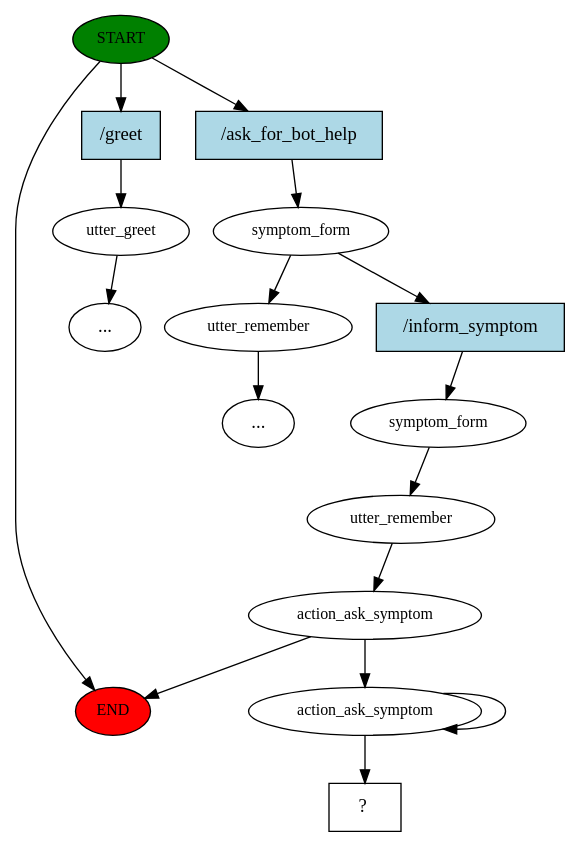
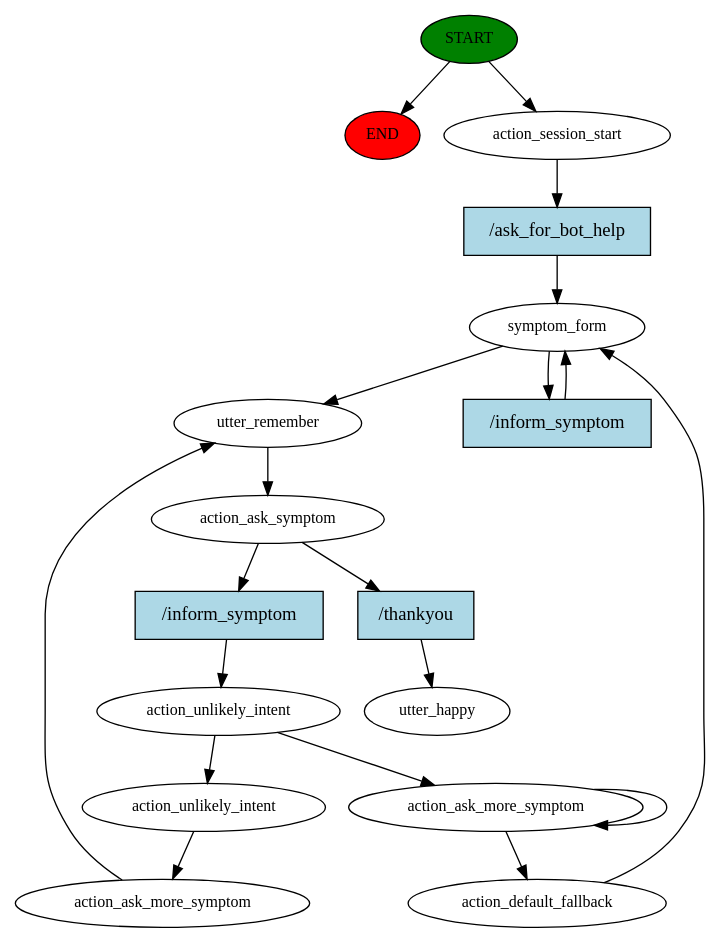
One commit to khetpatiparn/THAI_MED_BOT changed the diagram in story_graph.dot. Above: the diagram before and after it, drawn with Graphviz. The commit also changed 777 other files, not shown here.

Commit message:
Can add more symptoms by action_ask_more_symptom

```diff
--- a/story_graph.dot
+++ b/story_graph.dot
@@ -1,33 +1,37 @@
 digraph  {
 0 [class="start active", fillcolor=green, fontsize=12, label=START, style=filled];
 "-1" [class=end, fillcolor=red, fontsize=12, label=END, style=filled];
-1 [class="", fontsize=12, label=utter_greet];
-"-5" [class=ellipsis, label="..."];
-4 [class=active, fontsize=12, label=symptom_form];
-5 [class="", fontsize=12, label=utter_remember];
-"-6" [class=ellipsis, label="..."];
-7 [class=active, fontsize=12, label=symptom_form];
-8 [class=active, fontsize=12, label=utter_remember];
-9 [class=active, fontsize=12, label=action_ask_symptom];
-14 [class=active, fontsize=12, label=action_ask_symptom];
-18 [class="intent dashed active", label="  ?  ", shape=rect];
-19 [class=intent, fillcolor=lightblue, label="/greet", shape=rect, style=filled];
-20 [class="intent active", fillcolor=lightblue, label="/ask_for_bot_help", shape=rect, style=filled];
-21 [class="intent active", fillcolor=lightblue, label="/inform_symptom", shape=rect, style=filled];
+1 [class=active, fontsize=12, label=action_session_start];
+2 [class=active, fontsize=12, label=symptom_form];
+4 [class=active, fontsize=12, label=utter_remember];
+5 [class=active, fontsize=12, label=action_ask_symptom];
+6 [class=active, fontsize=12, label=action_unlikely_intent];
+7 [class=active, fontsize=12, label=action_ask_more_symptom];
+11 [class=active, fontsize=12, label=action_default_fallback];
+17 [class=active, fontsize=12, label=action_unlikely_intent];
+18 [class=active, fontsize=12, label=action_ask_more_symptom];
+21 [class="dashed active", fontsize=12, label=utter_happy];
+22 [class="intent active", fillcolor=lightblue, label="/ask_for_bot_help", shape=rect, style=filled];
+23 [class="intent active", fillcolor=lightblue, label="/inform_symptom", shape=rect, style=filled];
+24 [class="intent active", fillcolor=lightblue, label="/inform_symptom", shape=rect, style=filled];
+25 [class="intent active", fillcolor=lightblue, label="/thankyou", shape=rect, style=filled];
 0 -> "-1"  [class="", key=NONE, label=""];
-0 -> 19  [class="", key=0];
-0 -> 20  [class=active, key=0];
-1 -> "-5"  [class="", key=NONE, label=""];
-4 -> 5  [class="", key=NONE, label=""];
-4 -> 21  [class=active, key=0];
-5 -> "-6"  [class="", key=NONE, label=""];
-7 -> 8  [class=active, key=NONE, label=""];
-8 -> 9  [class=active, key=NONE, label=""];
-9 -> "-1"  [class="", key=NONE, label=""];
-9 -> 14  [class=active, key=NONE, label=""];
-14 -> 14  [class=active, key=NONE, label=""];
-14 -> 18  [class=active, key=NONE, label=""];
-19 -> 1  [class="", key=0];
-20 -> 4  [class=active, key=0];
-21 -> 7  [class=active, key=0];
+0 -> 1  [class=active, key=NONE, label=""];
+1 -> 22  [class=active, key=0];
+2 -> 4  [class=active, key=NONE, label=""];
+2 -> 23  [class=active, key=0];
+4 -> 5  [class=active, key=NONE, label=""];
+5 -> 24  [class=active, key=0];
+5 -> 25  [class=active, key=0];
+6 -> 7  [class=active, key=NONE, label=""];
+6 -> 17  [class=active, key=NONE, label=""];
+7 -> 7  [class=active, key=NONE, label=""];
+7 -> 11  [class=active, key=NONE, label=""];
+11 -> 2  [class=active, key=NONE, label=""];
+17 -> 18  [class=active, key=NONE, label=""];
+18 -> 4  [class=active, key=NONE, label=""];
+22 -> 2  [class=active, key=0];
+23 -> 2  [class=active, key=0];
+24 -> 6  [class=active, key=0];
+25 -> 21  [class=active, key=0];
 }
```
